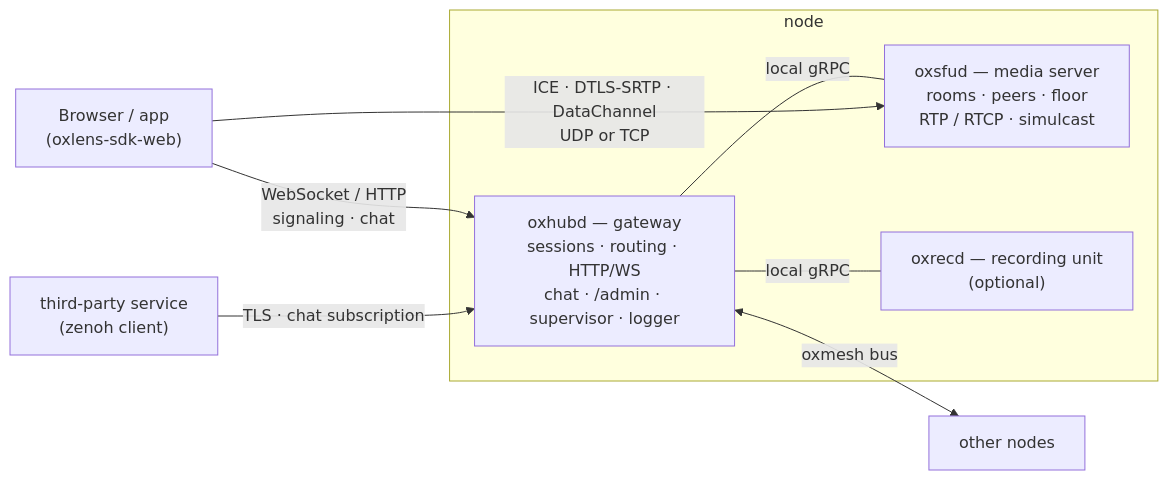
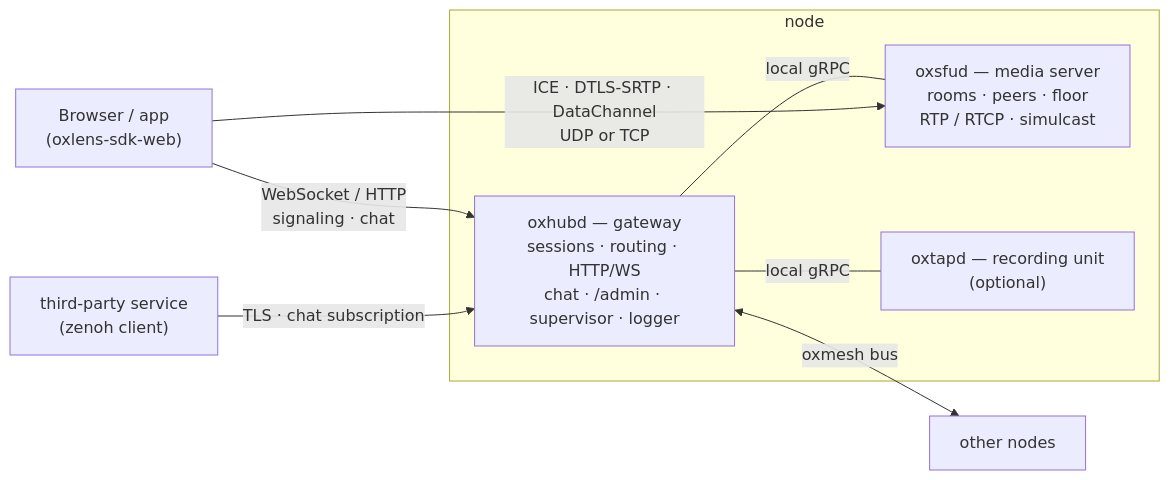
One commit to kodeholic9/oxlens-sfu changed the diagram in README.md. Above: the diagram before and after it, drawn with Mermaid. The commit also changed other lines of this file and 15 other files, not shown here.

Commit message:
녹음 유닛 크레이트 · 바이너리 이름을 oxrecd → oxtapd 로 되돌림(원래 설계 이름 ox + tap + daemon · context 202604/20260413_oxtapd_design.md §1.2 · 20261123 결정) · 유닛 역할 role = "rec" · ROLE_REC · 정:IMPL-OPS-REC-UNIT 라벨은 그대로 · 워크스페이스 · dev 형상 셋 · gen_nodes.py · common build.rs 감시 경로 · 시험 문자열 둘 · README 두 판

````diff
--- a/README.md
+++ b/README.md
@@ -40,17 +40,17 @@
 ```mermaid
 flowchart LR
   C["Browser / app<br/>(oxlens-sdk-web)"]
   subgraph N1["node"]
     H["oxhubd — gateway<br/>sessions · routing · HTTP/WS<br/>chat · /admin · supervisor · logger"]
     S["oxsfud — media server<br/>rooms · peers · floor<br/>RTP / RTCP · simulcast"]
-    R["oxrecd — recording unit<br/>(optional)"]
+    R["oxtapd — recording unit<br/>(optional)"]
     H -- "local gRPC" --- S
     H -- "local gRPC" --- R
   end
   N2["other nodes"]
   X["third-party service<br/>(zenoh client)"]
   C -- "WebSocket / HTTP<br/>signaling · chat" --> H
   C -- "ICE · DTLS-SRTP · DataChannel<br/>UDP or TCP" --> S
   H <-- "oxmesh bus" --> N2
   X -- "TLS · chat subscription" --> H
 ```
````
